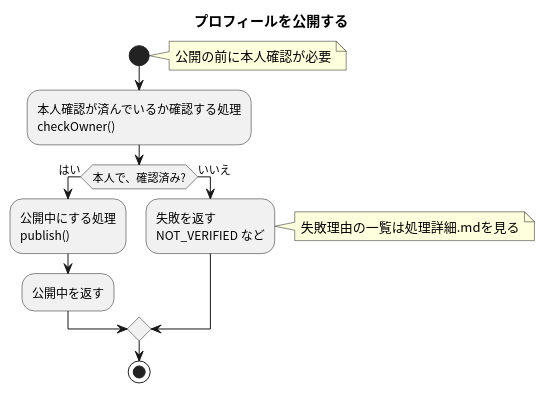
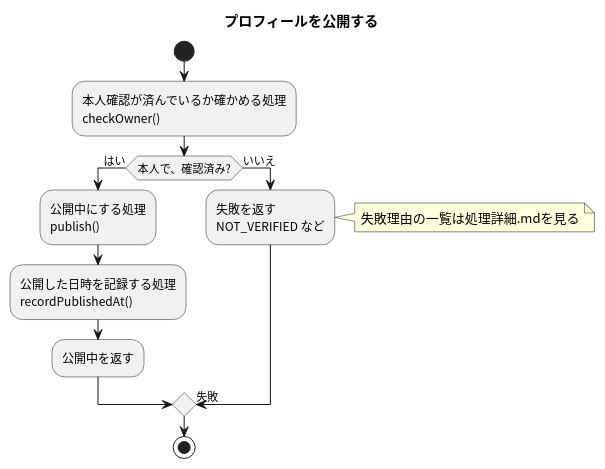
One commit to masamasamasato/design-doc-template changed the diagram in apis/publish-profile/flow.puml. Above: the diagram before and after it, drawn with PlantUML.

Commit message:
試験: 公開処理の図に記録の処理を足す

```diff
--- a/apis/publish-profile/flow.puml
+++ b/apis/publish-profile/flow.puml
@@ -3,19 +3,20 @@
 @startuml
 skinparam shadowing false
 skinparam defaultFontName "Noto Sans CJK JP"
 skinparam ActivityFontName "Noto Sans CJK JP"
 
 title プロフィールを公開する
 
 start
-note right: 公開の前に本人確認が必要
-:本人確認が済んでいるか確認する処理\ncheckOwner();
+:本人確認が済んでいるか確かめる処理\ncheckOwner();
 if (本人で、確認済み?) then (はい)
   :公開中にする処理\npublish();
+  :公開した日時を記録する処理\nrecordPublishedAt();
   :公開中を返す;
 else (いいえ)
   :失敗を返す\nNOT_VERIFIED など;
   note right: 失敗理由の一覧は処理詳細.mdを見る
+  -> 失敗;
 endif
 stop
 @enduml
```
